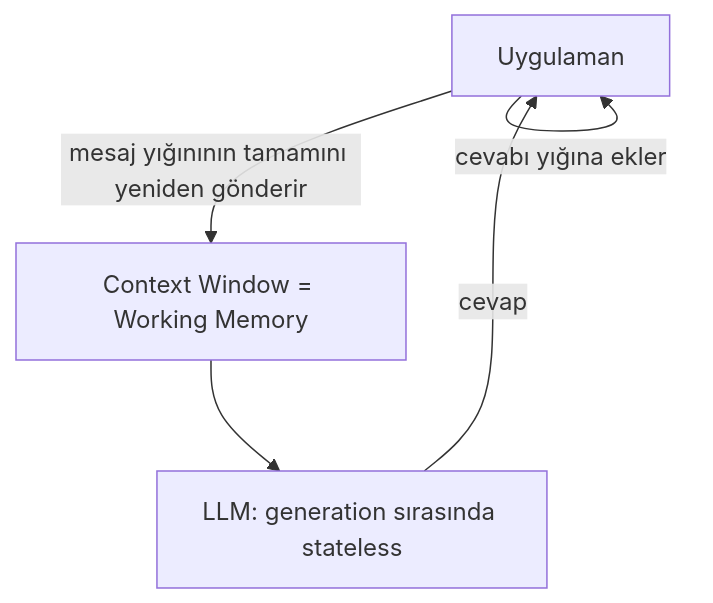
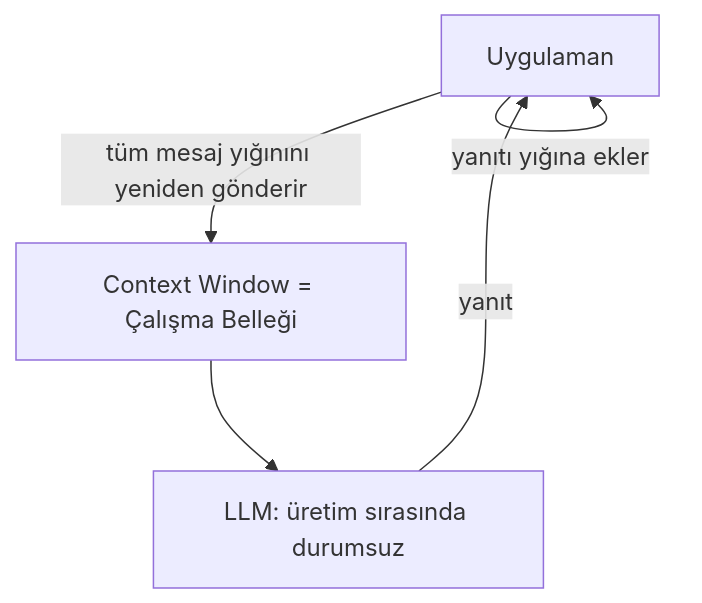
Before and after one commit to lokumai/ai-engineering-bazaar: the first of 2 diagrams in mini-courses/1_fundamentals/memory_tr.md, drawn with Mermaid. The commit also changed other lines of this file and 63 other files, not shown here.

````diff
--- a/mini-courses/1_fundamentals/memory_tr.md
+++ b/mini-courses/1_fundamentals/memory_tr.md
@@ -70,7 +41,7 @@
 ```mermaid
 graph TD
-    A[Uygulaman] -->|mesaj yığınının tamamını yeniden gönderir| B[Context Window = Working Memory]
-    B --> C[LLM: generation sırasında stateless]
-    C -->|cevap| A
-    A -->|cevabı yığına ekler| A
+    A[Uygulaman] -->|tüm mesaj yığınını yeniden gönderir| B[Context Window = Çalışma Belleği]
+    B --> C[LLM: üretim sırasında durumsuz]
+    C -->|yanıt| A
+    A -->|yanıtı yığına ekler| A
 ```
````
